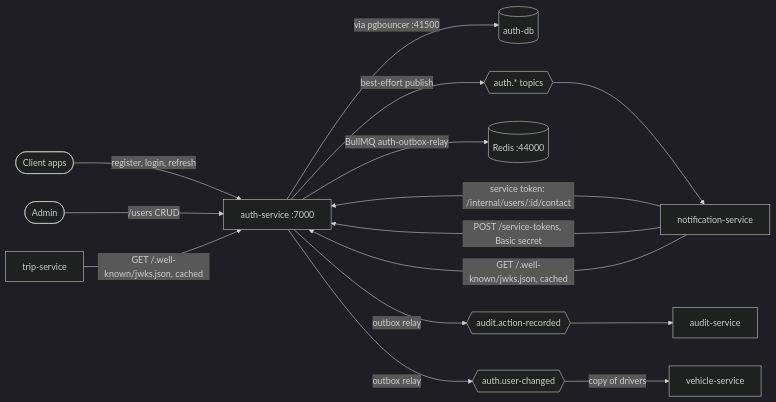
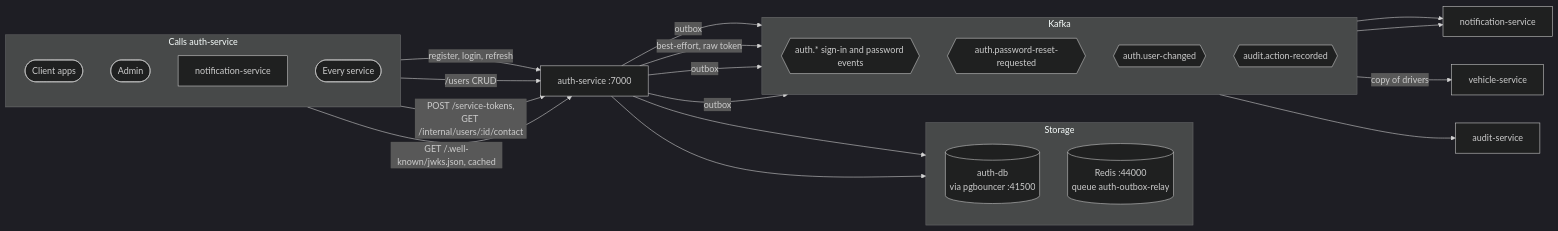
One commit to Mohammed-Taysser/masr3 changed the first of 7 diagrams in docs/services/auth-service.md. Above: the diagram before and after it, drawn with Mermaid (dark theme). The commit also changed other lines of this file and 66 other files, not shown here.

Commit message:
refactor: share Kafka producer and consumer from libs, and send auth events through the outbox

````diff
--- a/docs/services/auth-service.md
+++ b/docs/services/auth-service.md
@@ -17,17 +17,43 @@
 ```mermaid
 flowchart LR
-  app([Client apps]) -->|register, login, refresh| auth[auth-service :7000]
-  admin([Admin]) -->|/users CRUD| auth
-  auth -->|via pgbouncer :41500| db[(auth-db)]
-  auth -->|best-effort publish| topics{{auth.* topics}}
-  topics --> notification[notification-service]
-  auth -->|BullMQ auth-outbox-relay| redis[(Redis :44000)]
-  auth -->|outbox relay| audit{{audit.action-recorded}}
+  subgraph callers [Calls auth-service]
+    direction TB
+    app([Client apps])
+    admin([Admin])
+    caller[notification-service]
+    every([Every service])
+  end
+
+  auth[auth-service :7000]
+
+  subgraph storage [Storage]
+    direction TB
+    db[(auth-db<br/>via pgbouncer :41500)]
+    redis[(Redis :44000<br/>queue auth-outbox-relay)]
+  end
+
+  subgraph kafka [Kafka]
+    direction TB
+    alerts{{auth.* sign-in and password events}}
+    reset{{auth.password-reset-requested}}
+    changed{{auth.user-changed}}
+    audit{{audit.action-recorded}}
+  end
+
+  app -->|register, login, refresh| auth
+  admin -->|/users CRUD| auth
+  caller -->|POST /service-tokens,<br/>GET /internal/users/:id/contact| auth
+  every -->|GET /.well-known/jwks.json, cached| auth
+
+  auth --> db
+  auth --> redis
+  auth -->|outbox| alerts
+  auth -->|best-effort, raw token| reset
+  auth -->|outbox| changed
+  auth -->|outbox| audit
+
+  alerts --> notification[notification-service]
+  reset --> notification
+  changed -->|copy of drivers| vehicle[vehicle-service]
   audit --> auditService[audit-service]
-  auth -->|outbox relay| changed{{auth.user-changed}}
-  changed -->|copy of drivers| vehicle[vehicle-service]
-  notification -->|service token: /internal/users/:id/contact| auth
-  notification -->|POST /service-tokens, Basic secret| auth
-  trip[trip-service] -->|GET /.well-known/jwks.json, cached| auth
-  notification -->|GET /.well-known/jwks.json, cached| auth
 ```
````
